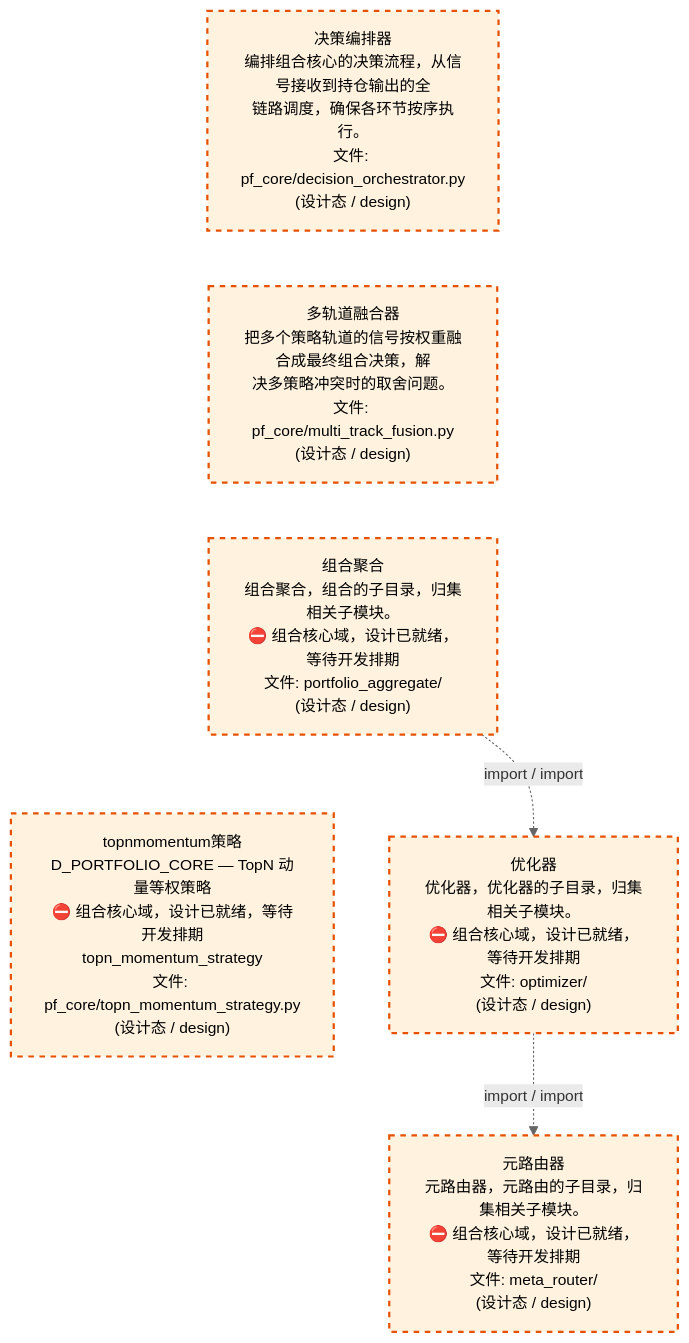
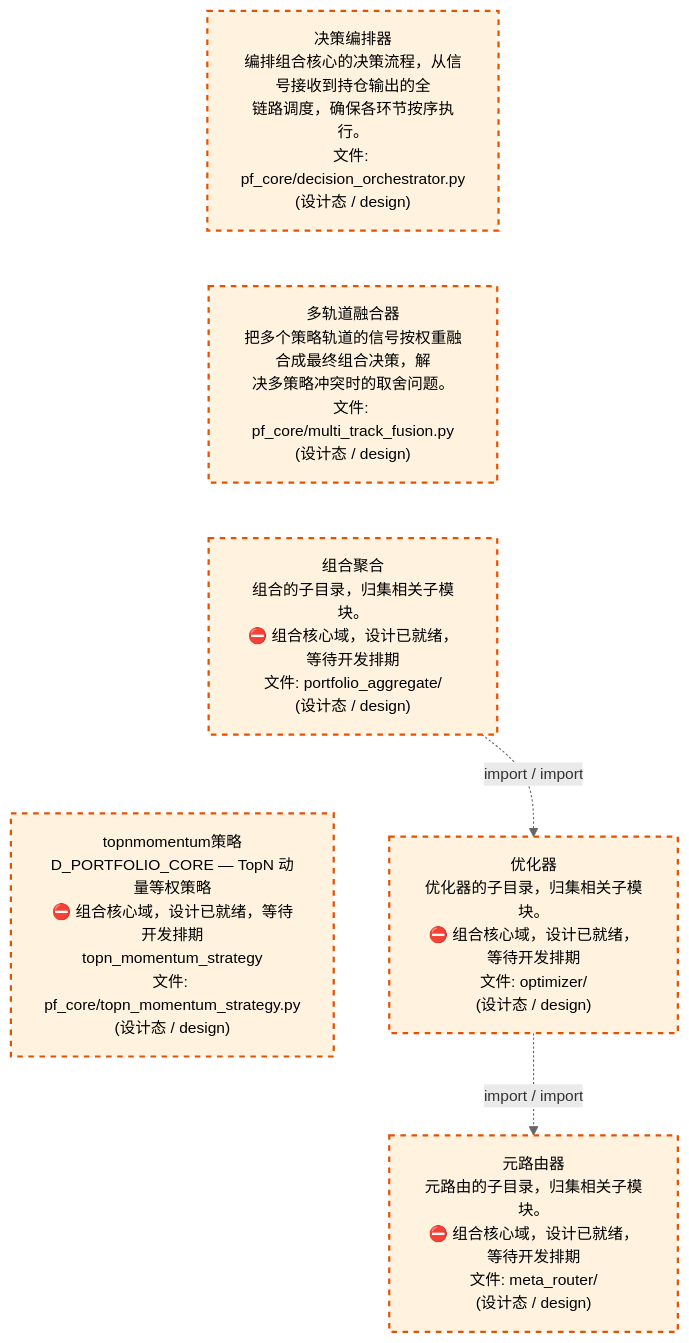
One commit to xuanFelixVan/ZephyrAlpha changed the third of 4 diagrams in docs/02_enterprise_architecture/02_domain_architecture_docs/63_d_pf_core.md. Above: the diagram before and after it, drawn with Mermaid. The commit also changed other lines of this file and 61 other files, not shown here.

````diff
--- a/docs/02_enterprise_architecture/02_domain_architecture_docs/63_d_pf_core.md
+++ b/docs/02_enterprise_architecture/02_domain_architecture_docs/63_d_pf_core.md
@@ -181,20 +181,20 @@
 ```mermaid
 %%{init: {'theme': 'base', 'themeVariables': {'primaryColor': '#eaeaea', 'primaryTextColor': '#333333', 'primaryBorderColor': '#666666', 'lineColor': '#666666', 'secondaryColor': '#eaeaea', 'tertiaryColor': '#eaeaea', 'fontSize': '14px'}}}%%
 flowchart TD
     src_zephyr_pf_core_decision_orchestrator_py["决策编排器<br/>编排组合核心的决策流程，从信号接收到持仓输出的全<br/>链路调度，确保各环节按序执行。<br/>文件: pf_core/decision_orchestrator.py<br/>(设计态 / design)"]
     src_zephyr_pf_core_multi_track_fusion_py["多轨道融合器<br/>把多个策略轨道的信号按权重融合成最终组合决策，解<br/>决多策略冲突时的取舍问题。<br/>文件: pf_core/multi_track_fusion.py<br/>(设计态 / design)"]
-    src_zephyr_pf_core_portfolio_aggregate["组合聚合<br/>组合聚合，组合的子目录，归集相关子模块。<br/>⛔ 组合核心域，设计已就绪，等待开发排期<br/>文件: portfolio_aggregate/<br/>(设计态 / design)"]
+    src_zephyr_pf_core_portfolio_aggregate["组合聚合<br/>组合的子目录，归集相关子模块。<br/>⛔ 组合核心域，设计已就绪，等待开发排期<br/>文件: portfolio_aggregate/<br/>(设计态 / design)"]
     src_zephyr_pf_core_topn_momentum_strategy_py["topnmomentum策略<br/>D_PORTFOLIO_CORE — TopN 动量等权策略<br/>⛔ 组合核心域，设计已就绪，等待开发排期<br/>topn_momentum_strategy<br/>文件: pf_core/topn_momentum_strategy.py<br/>(设计态 / design)"]
     src_zephyr_pf_core_decision_orchestrator_py ~~~ src_zephyr_pf_core_multi_track_fusion_py
     src_zephyr_pf_core_multi_track_fusion_py ~~~ src_zephyr_pf_core_portfolio_aggregate
     src_zephyr_pf_core_portfolio_aggregate ~~~ src_zephyr_pf_core_topn_momentum_strategy_py
-    src_zephyr_pf_core_optimizer["优化器<br/>优化器，优化器的子目录，归集相关子模块。<br/>⛔ 组合核心域，设计已就绪，等待开发排期<br/>文件: optimizer/<br/>(设计态 / design)"]
-    src_zephyr_pf_core_meta_router["元路由器<br/>元路由器，元路由的子目录，归集相关子模块。<br/>⛔ 组合核心域，设计已就绪，等待开发排期<br/>文件: meta_router/<br/>(设计态 / design)"]
+    src_zephyr_pf_core_optimizer["优化器<br/>优化器的子目录，归集相关子模块。<br/>⛔ 组合核心域，设计已就绪，等待开发排期<br/>文件: optimizer/<br/>(设计态 / design)"]
+    src_zephyr_pf_core_meta_router["元路由器<br/>元路由的子目录，归集相关子模块。<br/>⛔ 组合核心域，设计已就绪，等待开发排期<br/>文件: meta_router/<br/>(设计态 / design)"]
     src_zephyr_pf_core_optimizer -.->|import / import| src_zephyr_pf_core_meta_router
     src_zephyr_pf_core_portfolio_aggregate -.->|import / import| src_zephyr_pf_core_optimizer
     classDef production fill:#e1f5fe,stroke:#01579b,stroke-width:2px,color:#000
     classDef design fill:#fff3e0,stroke:#e65100,stroke-width:2px,color:#000,stroke-dasharray: 5 5
     classDef external_prod fill:#e8f4fd,stroke:#0277bd,stroke-width:1px,color:#000
     classDef external_design fill:#fff8e7,stroke:#ef6c00,stroke-width:1px,color:#000,stroke-dasharray: 5 5
     class src_zephyr_pf_core_decision_orchestrator_py,src_zephyr_pf_core_meta_router,src_zephyr_pf_core_multi_track_fusion_py,src_zephyr_pf_core_optimizer,src_zephyr_pf_core_portfolio_aggregate,src_zephyr_pf_core_topn_momentum_strategy_py design
 ```
````
